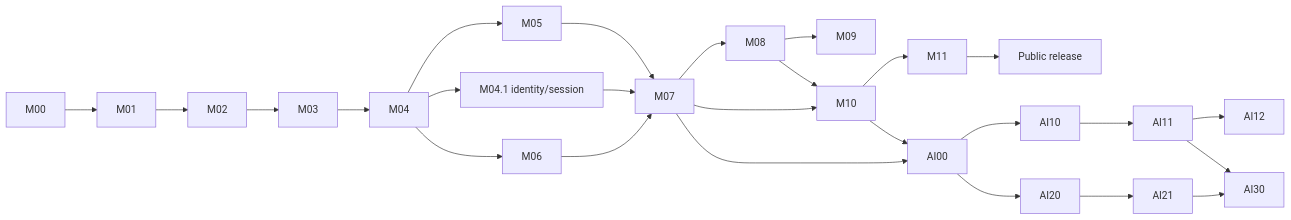
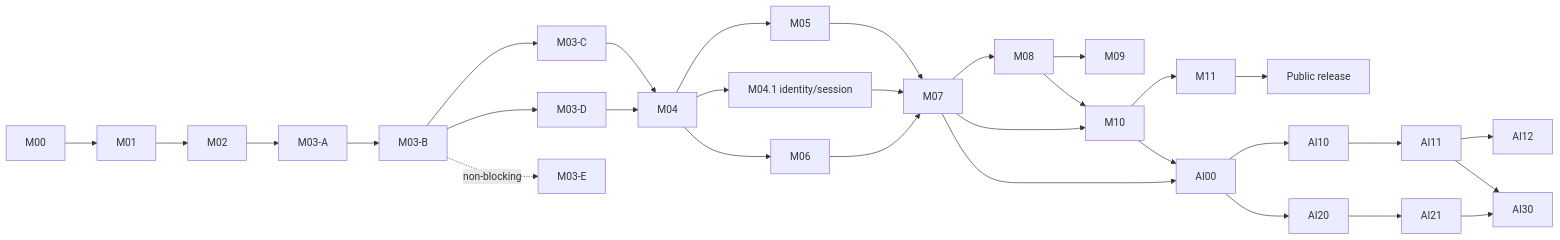
Before and after one commit to MarneusKalgar/aspectloop: the eighth of 8 diagrams in docs/general-plan.md, drawn with Mermaid. The commit also changed other lines of this file and 16 other files, not shown here.

````diff
--- a/docs/general-plan.md
+++ b/docs/general-plan.md
@@ -1302,19 +1336,24 @@
 ```mermaid
 flowchart LR
-  M00 --> M01 --> M02 --> M03 --> M04 --> M05
+  M00 --> M01 --> M02 --> M03A["M03-A"] --> M03B["M03-B"]
+  M03B --> M03C["M03-C"]
+  M03B --> M03D["M03-D"]
+  M03C --> M04 --> M05
+  M03D --> M04
+  M03B -. "non-blocking" .-> M03E["M03-E"]
   M04 --> M04_1["M04.1 identity/session"]
   M04 --> M06
   M05 --> M07
   M04_1 --> M07
   M06 --> M07 --> M08 --> M09
   M07 --> M10
   M08 --> M10 --> M11
   M11 --> Public["Public release"]
 
   M07 --> AI00
   M10 --> AI00
   AI00 --> AI10 --> AI11 --> AI12
   AI00 --> AI20 --> AI21
   AI11 --> AI30
   AI21 --> AI30
 ```
````
